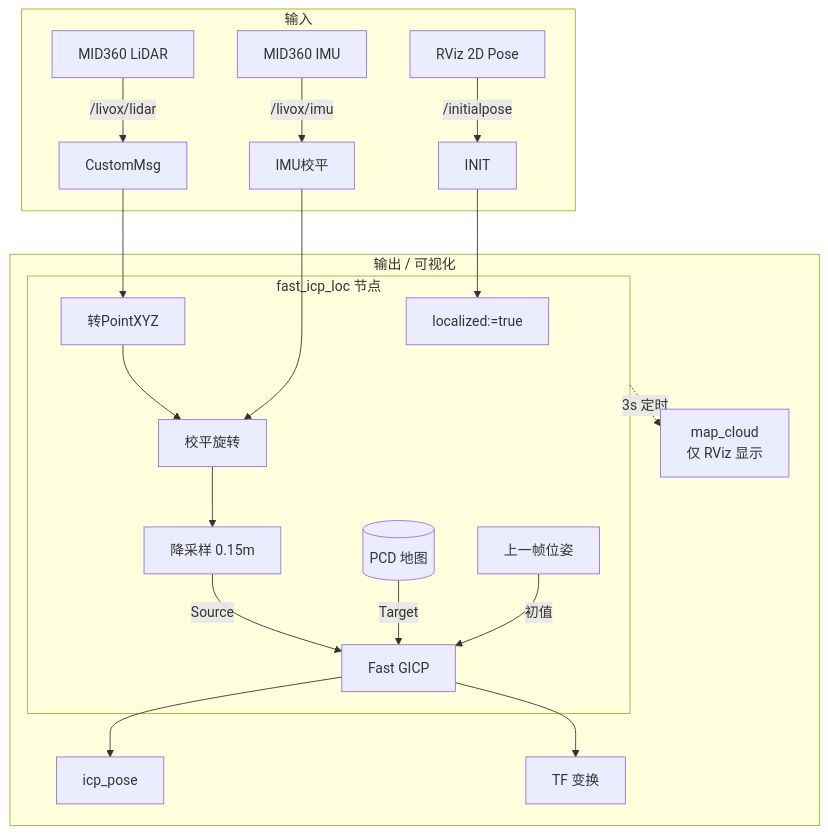
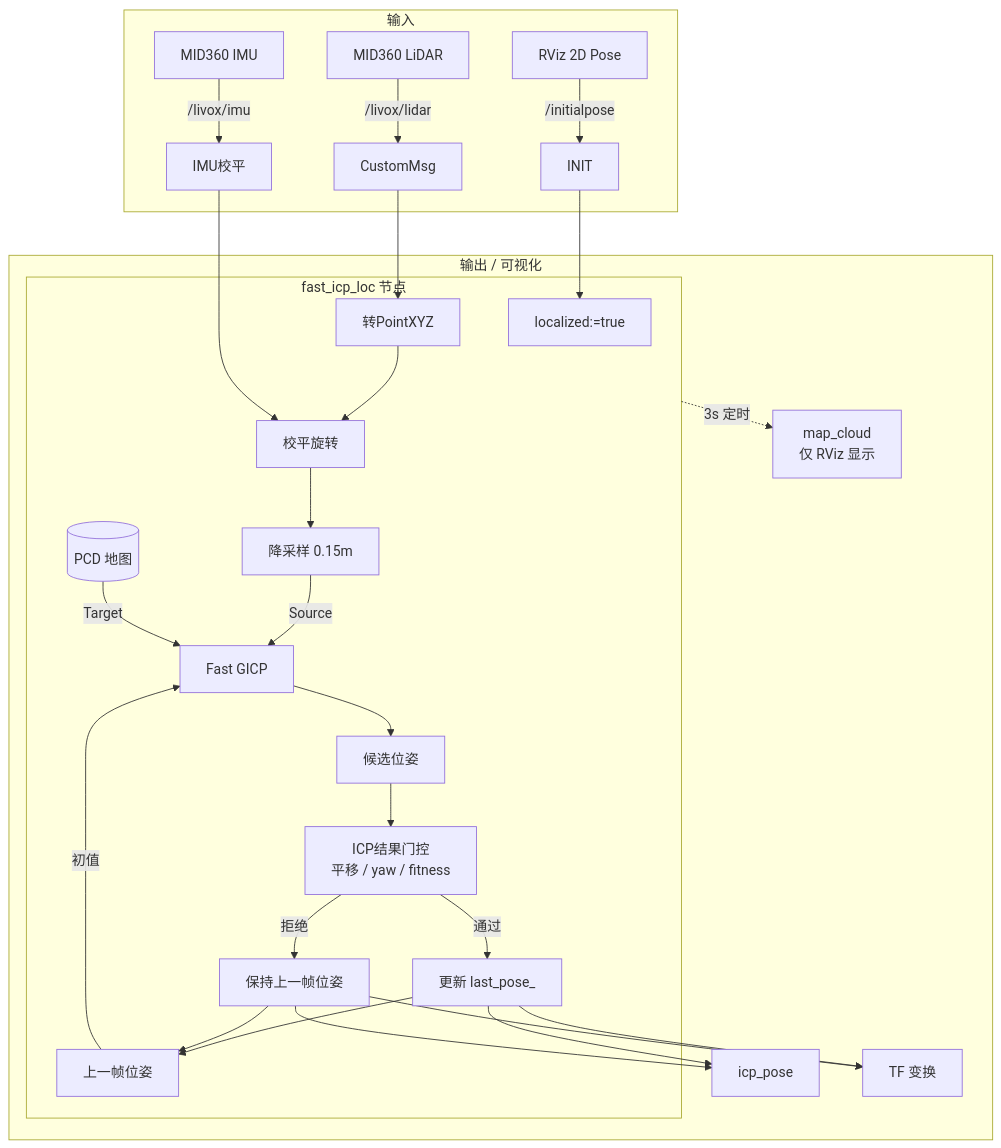
The diagram in 收集箱/FAST ICP 定位节点实现.md (dingzhen60027/knowledge-base), drawn with Mermaid before and after one commit. The commit also changed other lines of this file and 19 other files, not shown here.

````diff
--- a/收集箱/FAST ICP 定位节点实现.md
+++ b/收集箱/FAST ICP 定位节点实现.md
@@ -28,25 +28,33 @@
 ```mermaid
 graph TB
     subgraph Input[输入]
         MID[MID360 LiDAR] -->|/livox/lidar| CUSTOM[CustomMsg]
         IMU[MID360 IMU] -->|/livox/imu| LEVEL[IMU校平]
         USER[RViz 2D Pose] -->|/initialpose| INIT
     end
 
     subgraph Node[fast_icp_loc 节点]
         INIT --> LOCAL[localized:=true]
         CUSTOM --> CONVERT[转PointXYZ]
         CONVERT --> ROTATE[校平旋转]
         ROTATE --> DS[降采样 0.15m]
         DS -->|Source| GICP[Fast GICP]
         MAP[(PCD 地图)] -->|Target| GICP
         LAST[上一帧位姿] -->|初值| GICP
+        GICP --> CAND[候选位姿]
+        CAND --> GATE[ICP结果门控<br/>平移 / yaw / fitness]
+        GATE -->|通过| ACCEPT[更新 last_pose_]
+        GATE -->|拒绝| KEEP[保持上一帧位姿]
+        ACCEPT --> LAST
+        KEEP --> LAST
         LEVEL --> ROTATE
     end
 
     subgraph Out[输出 / 可视化]
-        GICP --> POSE[icp_pose]
-        GICP --> TF[TF 变换]
+        ACCEPT --> POSE[icp_pose]
+        KEEP --> POSE
+        ACCEPT --> TF[TF 变换]
+        KEEP --> TF
         Node -.->|3s 定时| MAP_PUB[map_cloud<br/>仅 RViz 显示]
     end
 ```
````
